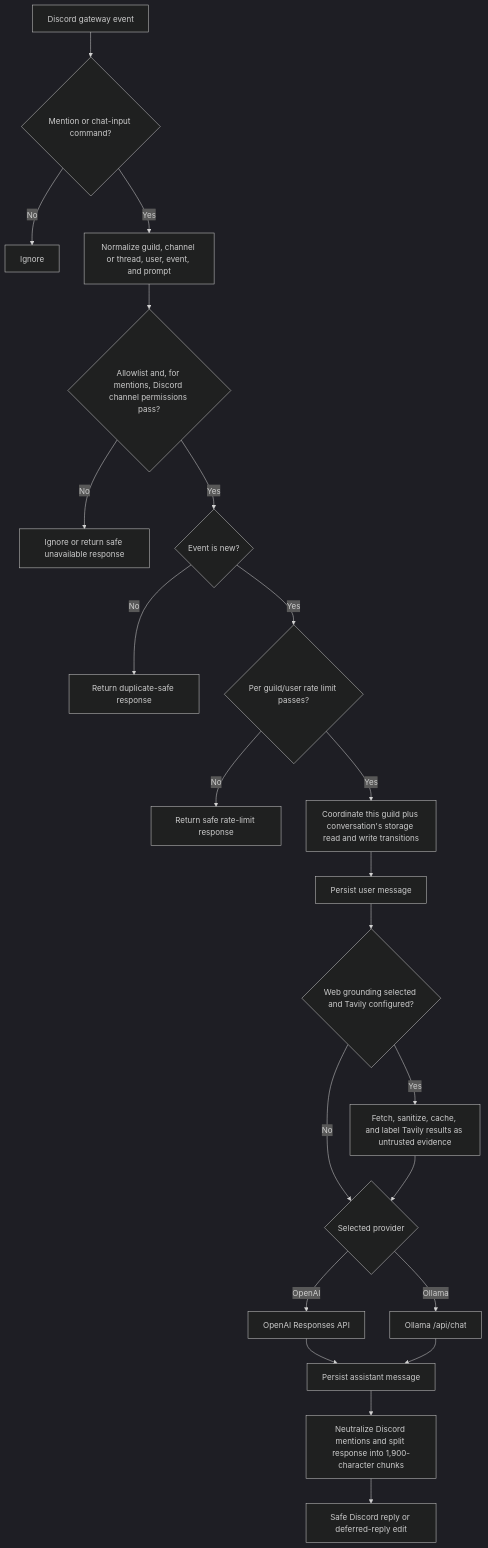
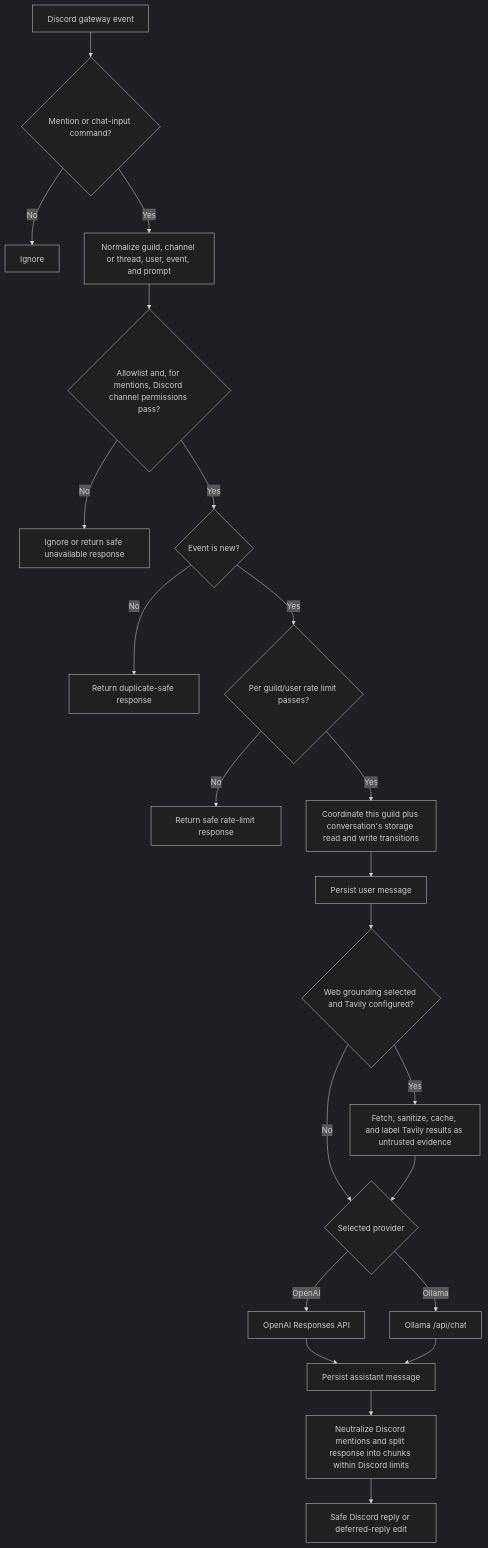
Before and after one commit to tjhiggy/Jarvis: the diagram in docs/ARCHITECTURE.md, drawn with Mermaid (dark theme). The commit also changed 15 other files, not shown here.

````diff
--- a/docs/ARCHITECTURE.md
+++ b/docs/ARCHITECTURE.md
@@ -22,24 +22,24 @@
 ```mermaid
 flowchart TD
     A["Discord gateway event"] --> B{"Mention or chat-input command?"}
     B -->|"No"| X["Ignore"]
     B -->|"Yes"| C["Normalize guild, channel or thread, user, event, and prompt"]
     C --> D{"Allowlist and, for mentions, Discord channel permissions pass?"}
     D -->|"No"| Y["Ignore or return safe unavailable response"]
     D -->|"Yes"| E{"Event is new?"}
     E -->|"No"| Z["Return duplicate-safe response"]
     E -->|"Yes"| F{"Per guild/user rate limit passes?"}
     F -->|"No"| R["Return safe rate-limit response"]
     F -->|"Yes"| G["Coordinate this guild plus conversation's storage read and write transitions"]
     G --> H["Persist user message"]
     H --> I{"Web grounding selected and Tavily configured?"}
     I -->|"Yes"| J["Fetch, sanitize, cache, and label Tavily results as untrusted evidence"]
     I -->|"No"| K{"Selected provider"}
     J --> K
     K -->|"OpenAI"| L["OpenAI Responses API"]
     K -->|"Ollama"| M["Ollama /api/chat"]
     L --> N["Persist assistant message"]
     M --> N
-    N --> O["Neutralize Discord mentions and split response into 1,900-character chunks"]
+    N --> O["Neutralize Discord mentions and split response into chunks within Discord limits"]
     O --> P["Safe Discord reply or deferred-reply edit"]
 ```
````
